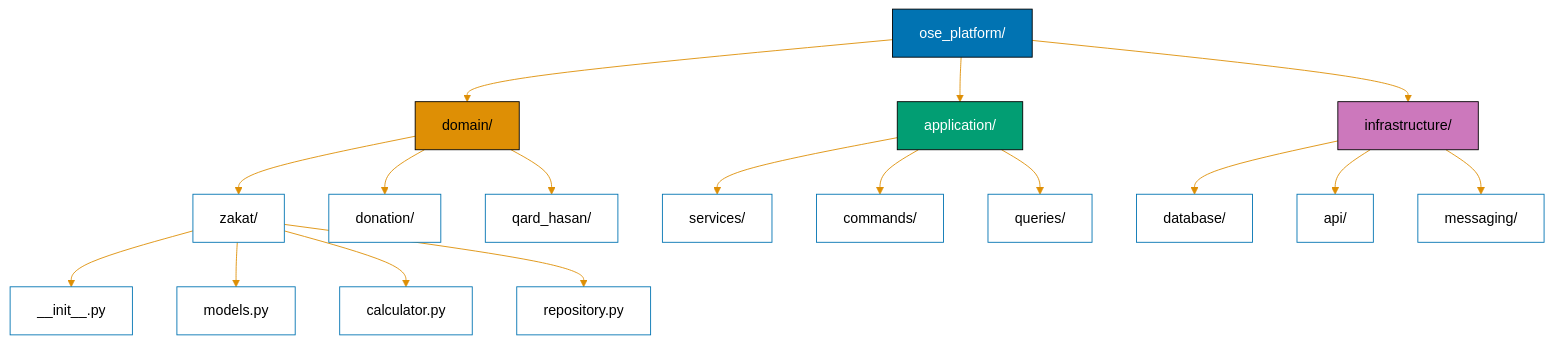
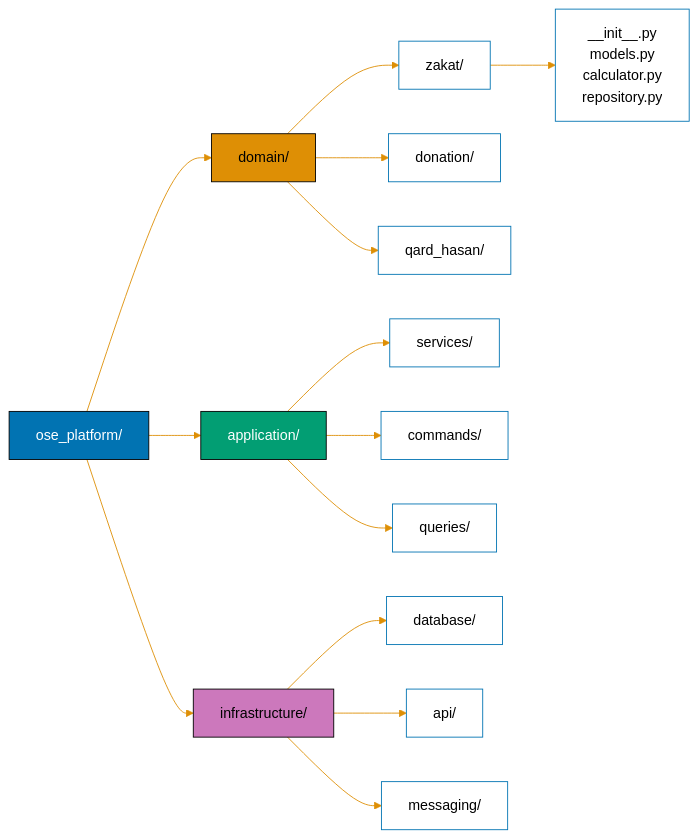
The first of 5 diagrams in docs/explanation/software-engineering/programming-languages/python/best-practices.md (wahidyankf/open-sharia-enterprise), drawn with Mermaid before and after one commit. The commit also changed other lines of this file and 12 other files, not shown here.

First line of the commit message:
fix(docs): fix mermaid violations in python docs

````diff
--- a/docs/explanation/software-engineering/programming-languages/python/best-practices.md
+++ b/docs/explanation/software-engineering/programming-languages/python/best-practices.md
@@ -997,29 +997,26 @@
 ```mermaid
 %%{init: {'theme': 'base', 'themeVariables': { 'primaryColor': '#0173B2', 'primaryTextColor': '#000', 'primaryBorderColor': '#0173B2', 'lineColor': '#DE8F05', 'secondaryColor': '#029E73', 'tertiaryColor': '#CC78BC', 'background': '#fff', 'mainBkg': '#fff'}}}%%
-graph TD
+graph LR
     A[ose_platform/] --> B[domain/]
     A --> C[application/]
     A --> D[infrastructure/]
 
     B --> B1[zakat/]
     B --> B2[donation/]
     B --> B3[qard_hasan/]
 
-    B1 --> B1A[__init__.py]
-    B1 --> B1B[models.py]
-    B1 --> B1C[calculator.py]
-    B1 --> B1D[repository.py]
+    B1 --> B1A["__init__.py<br/>models.py<br/>calculator.py<br/>repository.py"]
 
     C --> C1[services/]
     C --> C2[commands/]
     C --> C3[queries/]
 
     D --> D1[database/]
     D --> D2[api/]
     D --> D3[messaging/]
 
     style A fill:#0173B2,stroke:#000,color:#fff
     style B fill:#DE8F05,stroke:#000,color:#000
     style C fill:#029E73,stroke:#000,color:#fff
     style D fill:#CC78BC,stroke:#000,color:#000
 ```
````
